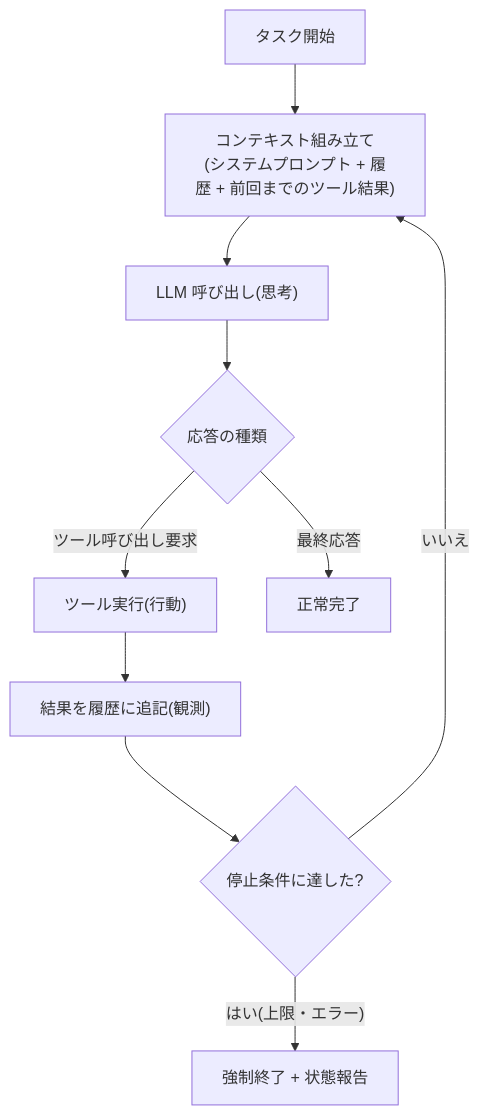
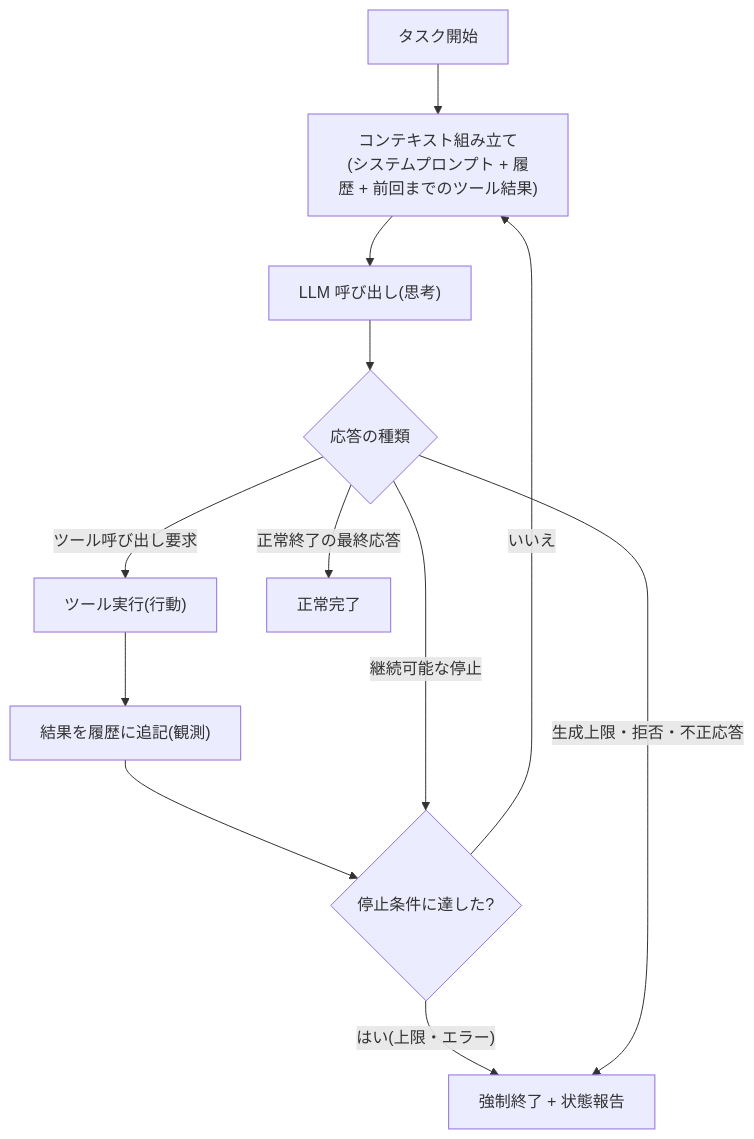
Before and after one commit to pero3dev/ai-agent-library: the diagram in docs/01-concepts/agent-loop.md, drawn with Mermaid. The commit also changed other lines of this file and 147 other files, not shown here.

````diff
--- a/docs/01-concepts/agent-loop.md
+++ b/docs/01-concepts/agent-loop.md
@@ -32,12 +32,14 @@
 ```mermaid
 flowchart TD
     START["タスク開始"] --> CTX["コンテキスト組み立て<br/>(システムプロンプト + 履歴 + 前回までのツール結果)"]
     CTX --> CALL["LLM 呼び出し(思考)"]
     CALL --> JUDGE{"応答の種類"}
     JUDGE -- "ツール呼び出し要求" --> EXEC["ツール実行(行動)"]
     EXEC --> APPEND["結果を履歴に追記(観測)"]
     APPEND --> LIMIT{"停止条件に達した?"}
     LIMIT -- "いいえ" --> CTX
     LIMIT -- "はい(上限・エラー)" --> STOP["強制終了 + 状態報告"]
-    JUDGE -- "最終応答" --> DONE["正常完了"]
+    JUDGE -- "正常終了の最終応答" --> DONE["正常完了"]
+    JUDGE -- "生成上限・拒否・不正応答" --> STOP
+    JUDGE -- "継続可能な停止" --> LIMIT
 ```
````
